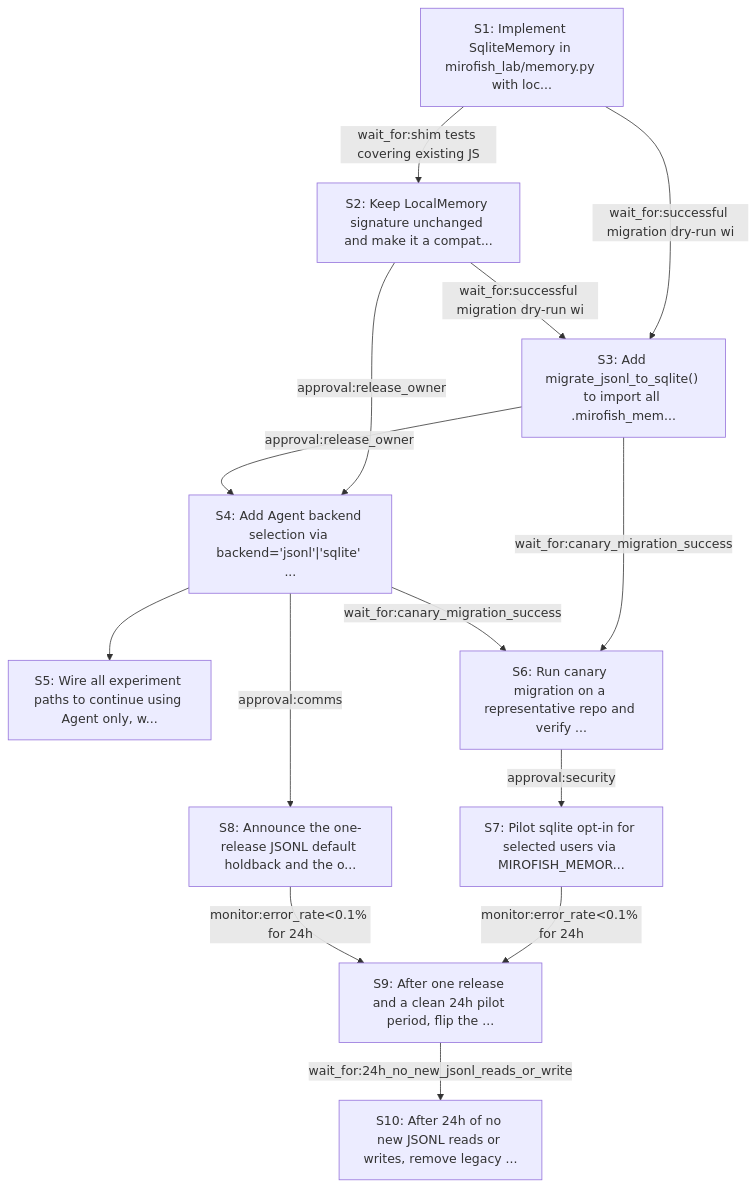
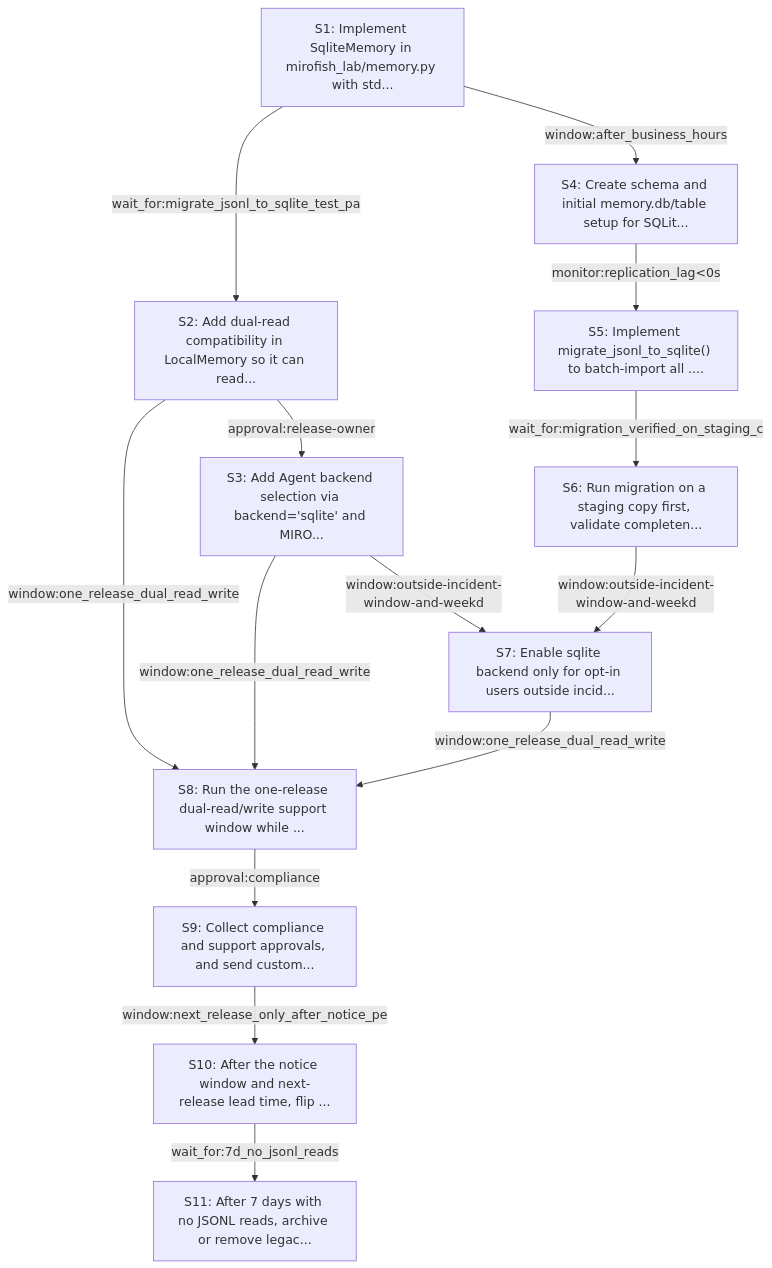
Before and after one commit to N3mes1s/Playground: the diagram in rollout-rehearsal/reports/intent_sqlite_memory_migration.md, drawn with Mermaid. The commit also changed other lines of this file and 21 other files, not shown here.

````diff
--- a/rollout-rehearsal/reports/intent_sqlite_memory_migration.md
+++ b/rollout-rehearsal/reports/intent_sqlite_memory_migration.md
@@ -59,26 +59,27 @@
 ```mermaid
 flowchart TD
-    S1["S1: Implement SqliteMemory in mirofish_lab/memory.py with loc..."]
-    S2["S2: Keep LocalMemory signature unchanged and make it a compat..."]
-    S1 -->|wait_for:shim tests covering existing JS| S2
-    S3["S3: Add migrate_jsonl_to_sqlite() to import all .mirofish_mem..."]
-    S1 -->|wait_for:successful migration dry-run wi| S3
-    S2 -->|wait_for:successful migration dry-run wi| S3
-    S4["S4: Add Agent backend selection via backend='jsonl'|'sqlite' ..."]
-    S2 -->|approval:release_owner| S4
-    S3 -->|approval:release_owner| S4
-    S5["S5: Wire all experiment paths to continue using Agent only, w..."]
-    S4 --> S5
-    S6["S6: Run canary migration on a representative repo and verify ..."]
-    S3 -->|wait_for:canary_migration_success| S6
-    S4 -->|wait_for:canary_migration_success| S6
-    S7["S7: Pilot sqlite opt-in for selected users via MIROFISH_MEMOR..."]
-    S6 -->|approval:security| S7
-    S8["S8: Announce the one-release JSONL default holdback and the o..."]
-    S4 -->|approval:comms| S8
-    S9["S9: After one release and a clean 24h pilot period, flip the ..."]
-    S7 -->|monitor:error_rate<0.1% for 24h| S9
-    S8 -->|monitor:error_rate<0.1% for 24h| S9
-    S10["S10: After 24h of no new JSONL reads or writes, remove legacy ..."]
-    S9 -->|wait_for:24h_no_new_jsonl_reads_or_write| S10
+    S1["S1: Implement SqliteMemory in mirofish_lab/memory.py with std..."]
+    S2["S2: Add dual-read compatibility in LocalMemory so it can read..."]
+    S1 -->|wait_for:migrate_jsonl_to_sqlite_test_pa| S2
+    S3["S3: Add Agent backend selection via backend='sqlite' and MIRO..."]
+    S2 -->|approval:release-owner| S3
+    S4["S4: Create schema and initial memory.db/table setup for SQLit..."]
+    S1 -->|window:after_business_hours| S4
+    S5["S5: Implement migrate_jsonl_to_sqlite() to batch-import all ...."]
+    S4 -->|monitor:replication_lag<0s| S5
+    S6["S6: Run migration on a staging copy first, validate completen..."]
+    S5 -->|wait_for:migration_verified_on_staging_c| S6
+    S7["S7: Enable sqlite backend only for opt-in users outside incid..."]
+    S3 -->|window:outside-incident-window-and-weekd| S7
+    S6 -->|window:outside-incident-window-and-weekd| S7
+    S8["S8: Run the one-release dual-read/write support window while ..."]
+    S2 -->|window:one_release_dual_read_write| S8
+    S3 -->|window:one_release_dual_read_write| S8
+    S7 -->|window:one_release_dual_read_write| S8
+    S9["S9: Collect compliance and support approvals, and send custom..."]
+    S8 -->|approval:compliance| S9
+    S10["S10: After the notice window and next-release lead time, flip ..."]
+    S9 -->|window:next_release_only_after_notice_pe| S10
+    S11["S11: After 7 days with no JSONL reads, archive or remove legac..."]
+    S10 -->|wait_for:7d_no_jsonl_reads| S11
 ```
````
